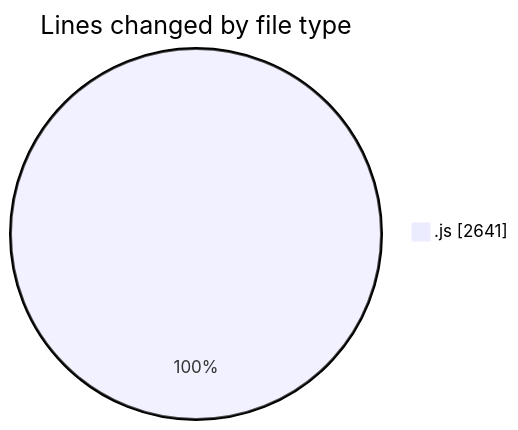
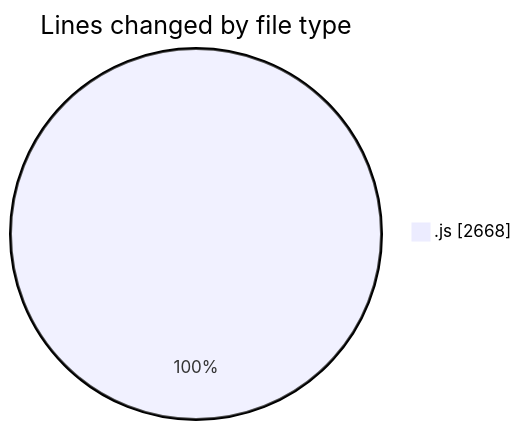
One commit to nxtqubesakshisongat/code-tracking changed the first of 2 diagrams in 2025-09-02/nxtqube_webapp/README.md. Above: the diagram before and after it, drawn with Mermaid. The commit also changed other lines of this file and 1 other file, not shown here.

````diff
--- a/2025-09-02/nxtqube_webapp/README.md
+++ b/2025-09-02/nxtqube_webapp/README.md
@@ -20,5 +20,5 @@
 ```mermaid
 pie showData
 title Lines changed by file type
-".js" : 2641
+".js" : 2668
 ```
````
